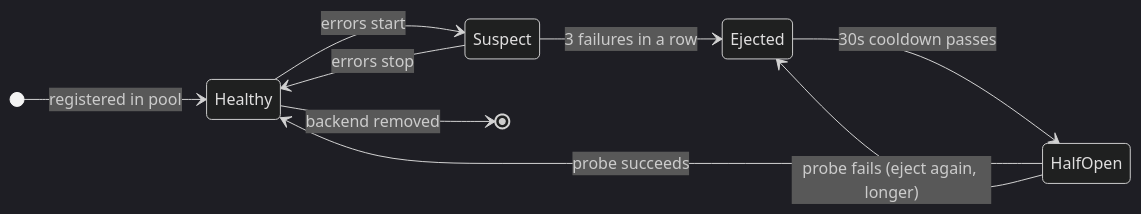
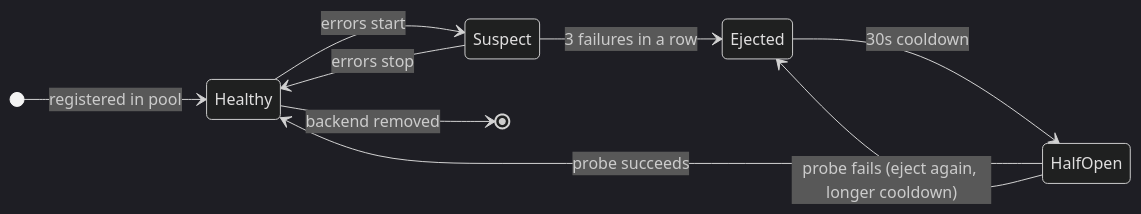
Before and after one commit to shiningflash/system-design: the fourth of 10 diagrams in problems/016-load-balancer/question.md, drawn with Mermaid (dark theme). The commit also changed other lines of this file and 37 other files, not shown here.

````diff
--- a/problems/016-load-balancer/question.md
+++ b/problems/016-load-balancer/question.md
@@ -192,12 +192,12 @@
 ```mermaid
 stateDiagram-v2
     direction LR
     [*] --> Healthy: registered in pool
     Healthy --> Suspect: errors start
     Suspect --> Ejected: 3 failures in a row
     Suspect --> Healthy: errors stop
-    Ejected --> HalfOpen: 30s cooldown passes
+    Ejected --> HalfOpen: 30s cooldown
     HalfOpen --> Healthy: probe succeeds
-    HalfOpen --> Ejected: probe fails (eject again, longer)
+    HalfOpen --> Ejected: probe fails (eject again, longer cooldown)
     Healthy --> [*]: backend removed
 ```
````
